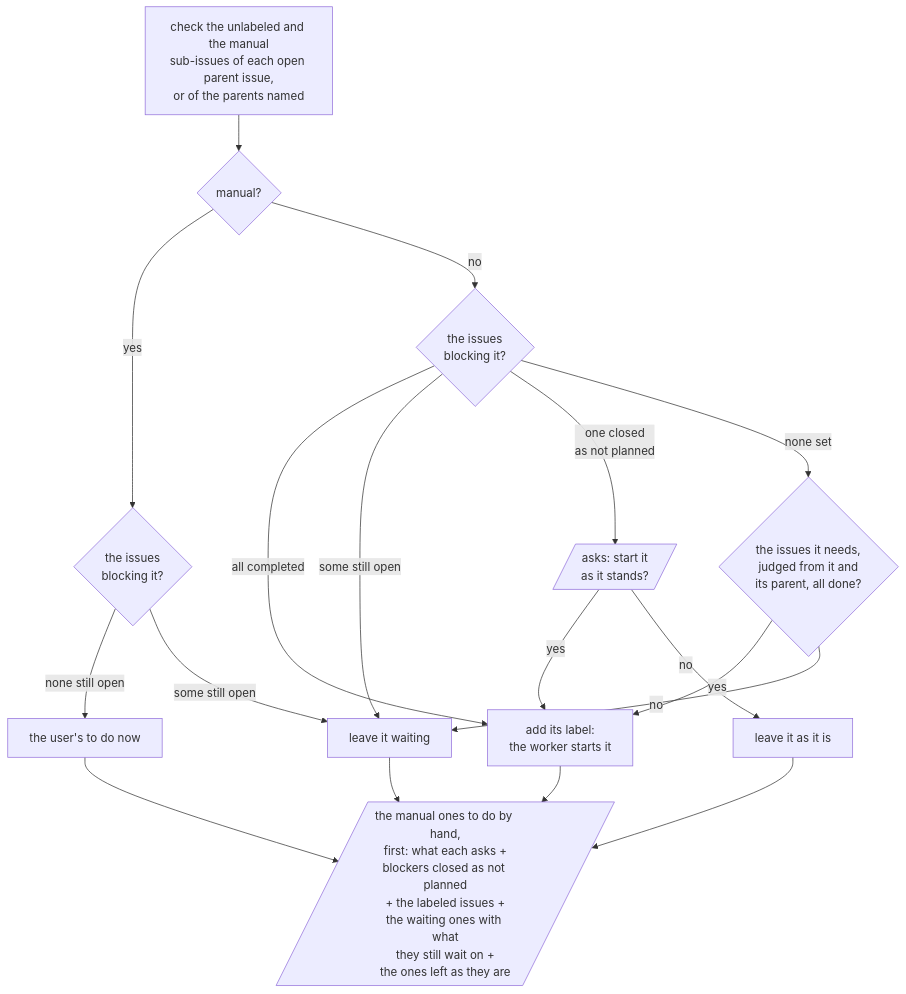
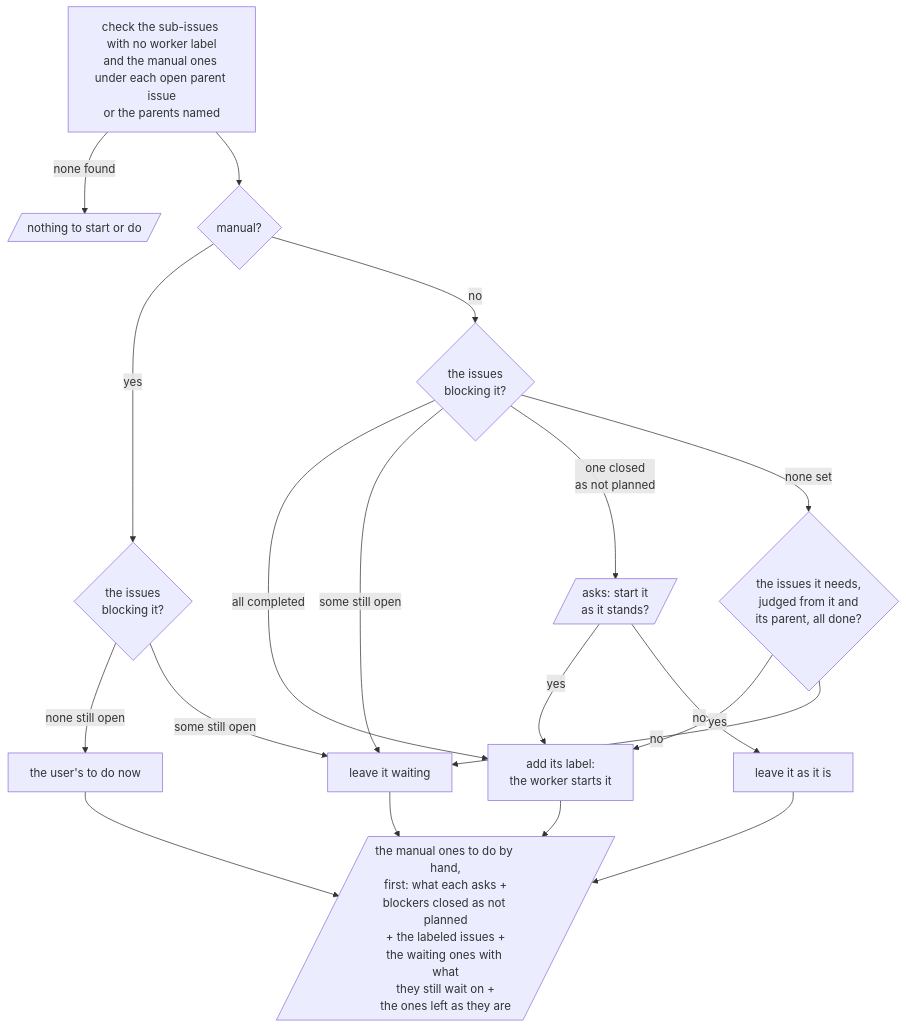
The diagram in shared/skills/unblock/README.md (omni-stove/skill-kit), drawn with Mermaid before and after one commit. The commit also changed 18 other files, not shown here.

````diff
--- a/shared/skills/unblock/README.md
+++ b/shared/skills/unblock/README.md
@@ -3,21 +3,22 @@
 ```mermaid
 flowchart TD
-  scan[check the unlabeled and the manual<br/>sub-issues of each open parent issue,<br/>or of the parents named]
+  scan[check the sub-issues with no worker label<br/>and the manual ones under each open parent issue<br/>or the parents named]
+  scan -- "none found" --> none[/nothing to start or do/]
   scan --> kind{manual?}
   kind -- "yes" --> mstate{the issues<br/>blocking it?}
   mstate -- "none still open" --> yours[the user's to do now]
   mstate -- "some still open" --> waiting
   kind -- "no" --> state{the issues<br/>blocking it?}
   state -- "all completed" --> label[add its label:<br/>the worker starts it]
   state -- "some still open" --> waiting[leave it waiting]
   state -- "one closed<br/>as not planned" --> ask[/asks: start it<br/>as it stands?/]
   state -- "none set" --> judge{the issues it needs,<br/>judged from it and<br/>its parent, all done?}
   judge -- "yes" --> label
   judge -- "no" --> waiting
   ask -- "yes" --> label
   ask -- "no" --> keep[leave it as it is]
   yours --> report[/"the manual ones to do by hand,<br/>first: what each asks +<br/>blockers closed as not planned<br/>+ the labeled issues +<br/>the waiting ones with what<br/>they still wait on +<br/>the ones left as they are"/]
   label --> report
   waiting --> report
   keep --> report
 ```
````
